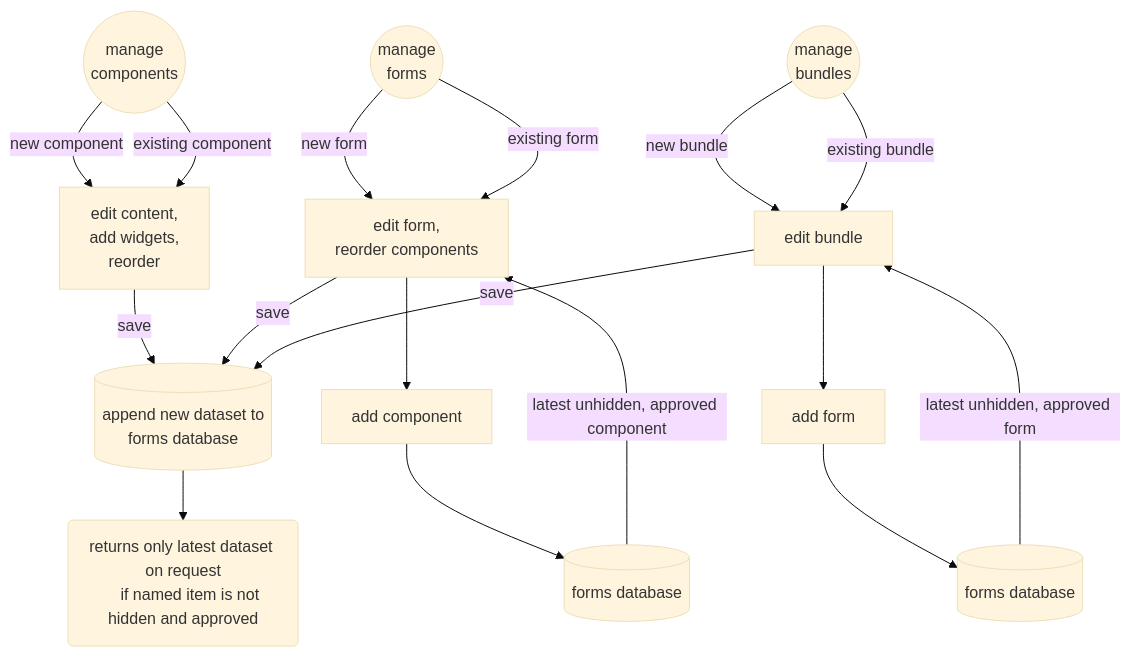
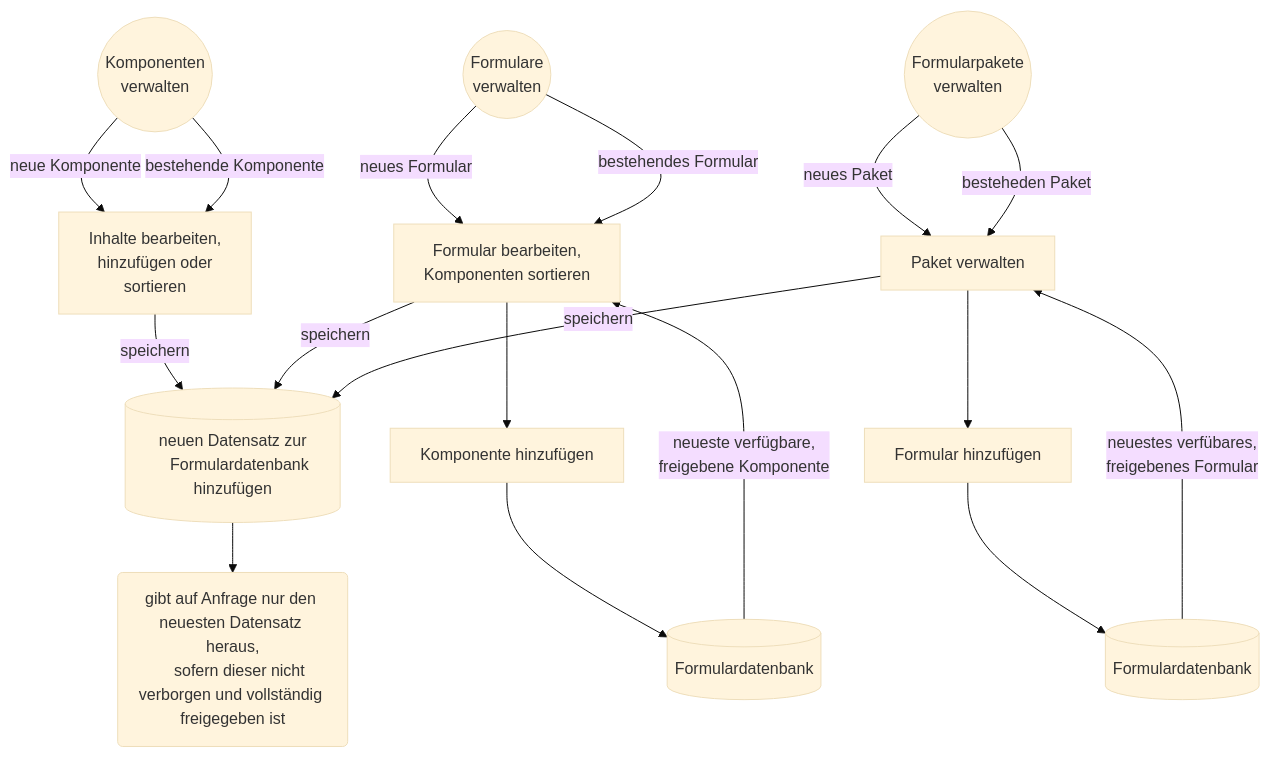
The third of 7 diagrams in readme.de.md (erroronline1/caro), drawn with Mermaid (base theme) before and after one commit. The commit also changed other lines of this file, not shown here.

````diff
--- a/readme.de.md
+++ b/readme.de.md
@@ -410,31 +408,32 @@
 ```mermaid
 graph TD;
-    manage_components(("manage
-    components"))-->|new component|edit_component["edit content,
-    add widgets,
-    reorder"];
-    manage_components(("manage
-    components"))-->|existing component|edit_component;
-    edit_component-->|save|new_forms_database[("append new dataset to
-    forms database")];
+    manage_components(("Komponenten
+    verwalten"))-->|neue Komponente|edit_component["Inhalte bearbeiten,
+    hinzufügen oder
+    sortieren"];
+    manage_components-->|bestehende Komponente|edit_component;
+    edit_component-->|speichern|new_forms_database[("neuen Datensatz zur
+    Formulardatenbank hinzufügen")];
 
-    manage_forms(("manage
-    forms"))-->|new form|edit_form["edit form,
-    reorder components"];
-    manage_forms-->|existing form|edit_form;
-    edit_form-->add_component[add component];
-    add_component-->forms_database[(forms database)];
-    forms_database-->|latest unhidden, approved component|edit_form;
-    edit_form-->|save|new_forms_database;
+    manage_forms(("Formulare
+    verwalten"))-->|neues Formular|edit_form["Formular bearbeiten,
+    Komponenten sortieren"];
+    manage_forms-->|bestehendes Formular|edit_form;
+    edit_form-->add_component[Komponente hinzufügen];
+    add_component-->forms_database[(Formulardatenbank)];
+    forms_database-->|"neueste verfügbare,
+    freigebene Komponente"|edit_form;
+    edit_form-->|speichern|new_forms_database;
 
-    manage_bundles(("manage
-    bundles"))-->|new bundle|edit_bundle["edit bundle"];
-    manage_bundles-->|existing bundle|edit_bundle;
-    edit_bundle-->add_form[add form];
-    add_form-->forms_database2[(forms database)];
-    forms_database2-->|latest unhidden, approved form|edit_bundle;
-    edit_bundle-->|save|new_forms_database
+    manage_bundles(("Formularpakete
+    verwalten"))-->|neues Paket|edit_bundle["Paket verwalten"];
+    manage_bundles-->|besteheden Paket|edit_bundle;
+    edit_bundle-->add_form[Formular hinzufügen];
+    add_form-->forms_database2[(Formulardatenbank)];
+    forms_database2-->|"neuestes verfübares,
+    freigebenes Formular"|edit_bundle;
+    edit_bundle-->|speichern|new_forms_database
 
-    new_forms_database-->returns("returns only latest dataset on request
-    if named item is not hidden and approved")
+    new_forms_database-->returns("gibt auf Anfrage nur den neuesten Datensatz heraus,
+    sofern dieser nicht verborgen und vollständig freigegeben ist")
 ```
````
